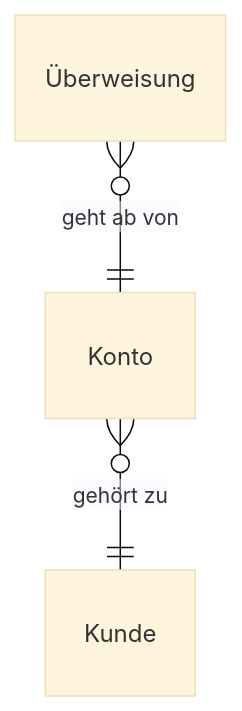
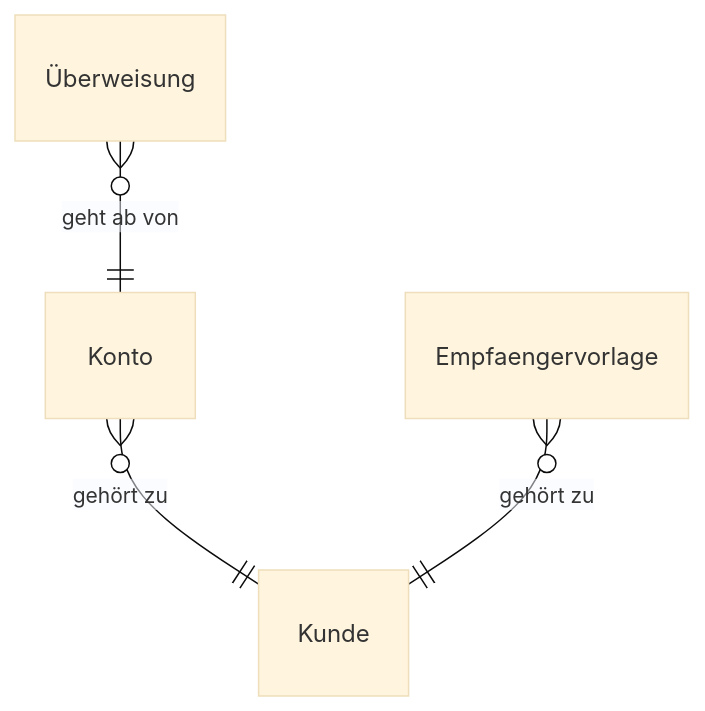
Before and after one commit to dakn85/online-banking: the diagram in docs/entity_model.md, drawn with Mermaid (base theme). The commit also changed other lines of this file and 9 other files, not shown here.

````diff
--- a/docs/entity_model.md
+++ b/docs/entity_model.md
@@ -5,5 +5,6 @@
 ```mermaid
 erDiagram
     Konto }o--|| Kunde : "gehört zu"
-    Überweisung }o--|| Konto : "geht ab von"
+    "Überweisung" }o--|| Konto : "geht ab von"
+    Empfaengervorlage }o--|| Kunde : "gehört zu"
 ```
````
